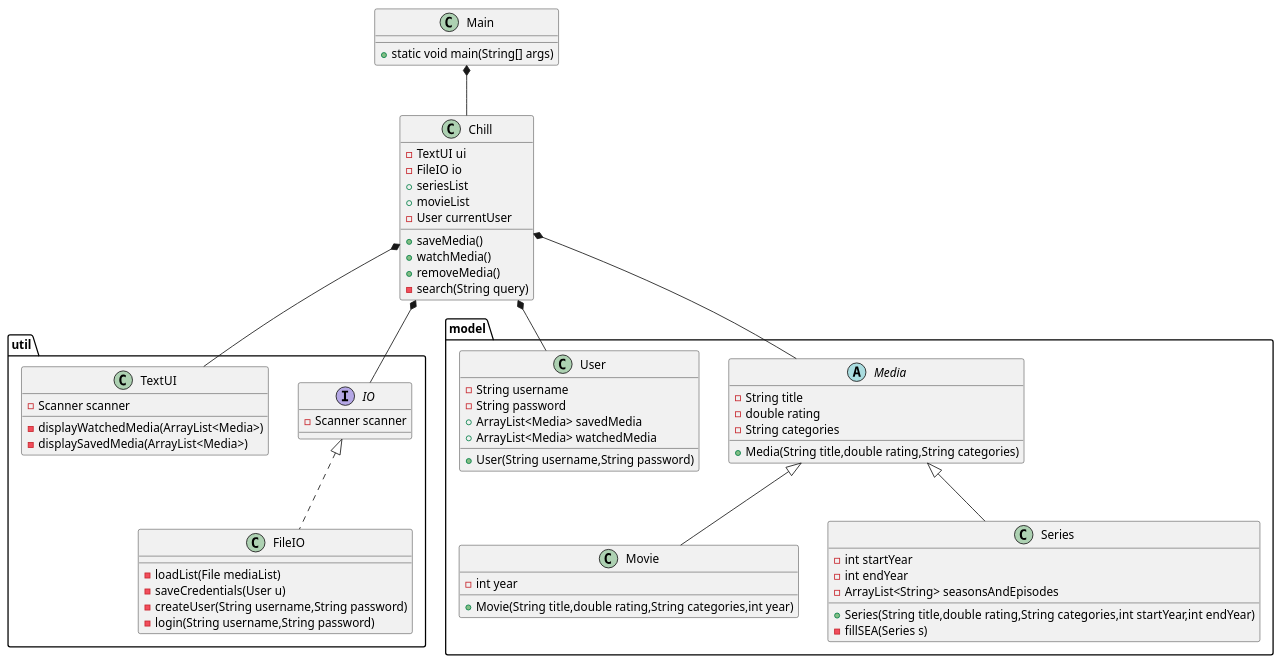
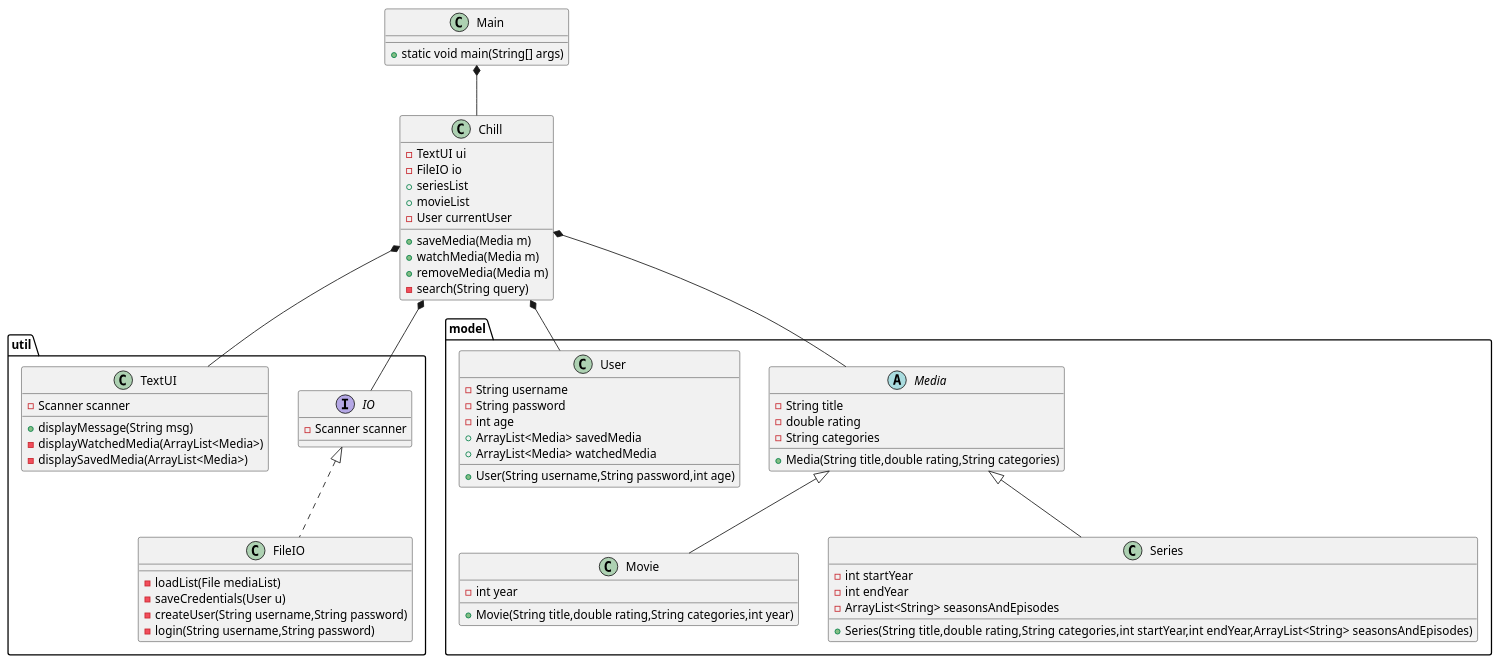
The diagram in doc/Class.puml (Magnewei/SP3), drawn with PlantUML before and after one commit. The commit also changed 5 other files, not shown here.

```diff
--- a/doc/Class.puml
+++ b/doc/Class.puml
@@ -1,77 +1,77 @@
 @startuml
 'https://plantuml.com/class-diagram
 
 class Main{
     +static void main(String[] args)
 }
 
 class Chill{
     -TextUI ui
     -FileIO io
     +seriesList
     +movieList
     -User currentUser
-    +saveMedia()
-    +watchMedia()
-    +removeMedia()
+    +saveMedia(Media m)
+    +watchMedia(Media m)
+    +removeMedia(Media m)
     -search(String query)
 }
 
 package "util"{
     Interface IO{
         -Scanner scanner
     }
 
     class FileIO implements IO{
         -loadList(File mediaList)
         -saveCredentials(User u)
         -createUser(String username,String password)
         -login(String username,String password)
     }
 
     class TextUI{
         -Scanner scanner
+        +displayMessage(String msg)
         -displayWatchedMedia(ArrayList<Media>)
         -displaySavedMedia(ArrayList<Media>)
-
     }
 }
 
 package "model"{
     abstract class Media{
         -String title
         -double rating
         -String categories
         +Media(String title,double rating,String categories)
     }
 
     class Movie extends Media{
         -int year
         +Movie(String title,double rating,String categories,int year)
     }
 
     class Series extends Media{
         -int startYear
         -int endYear
         -ArrayList<String> seasonsAndEpisodes
-        +Series(String title,double rating,String categories,int startYear,int endYear)
-        -fillSEA(Series s)
+        +Series(String title,double rating,String categories,int startYear,int endYear,ArrayList<String> seasonsAndEpisodes)
     }
 
     class User{
         -String username
         -String password
+        -int age
         +ArrayList<Media> savedMedia
         +ArrayList<Media> watchedMedia
-        +User(String username,String password)
+        +User(String username,String password,int age)
     }
 }
 
 Main *-- Chill
 Chill *-- TextUI
 Chill *-- User
 Chill *-- Media
 Chill *-- IO
 
 
 @enduml
```
